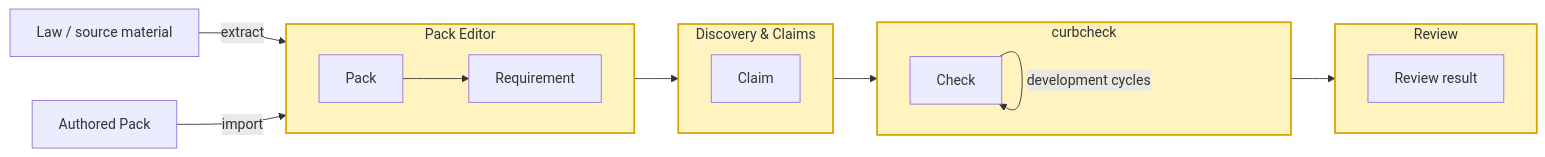
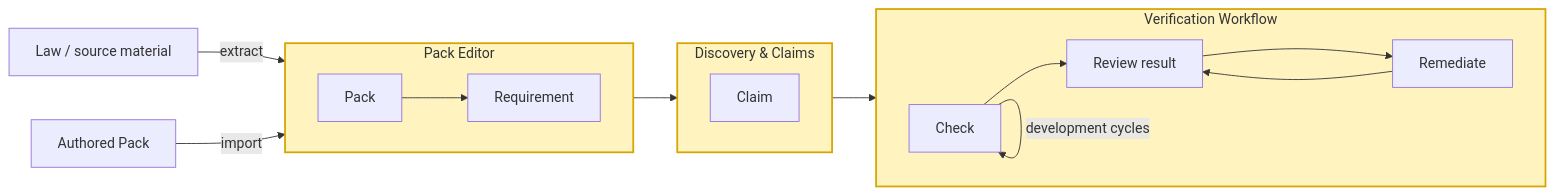
The third of 4 diagrams in docs/README.md (RI-SE/curbpack), drawn with Mermaid before and after one commit. The commit also changed other lines of this file and 439 other files, not shown here.

````diff
--- a/docs/README.md
+++ b/docs/README.md
@@ -107,36 +109,34 @@
 ```mermaid
 flowchart LR
     subgraph PE["Pack Editor"]
         direction LR
         P["Pack"] --> R["Requirement"]
     end
 
     subgraph DC["Discovery & Claims"]
         direction LR
         C["Claim"]
     end
 
-    subgraph CC["curbcheck"]
+    subgraph RV["Verification Workflow"]
         direction LR
         K["Check"]
-    end
-
-    subgraph RV["Review"]
-        direction LR
         V["Review result"]
+        RR["Remediate"]
+        V-->RR
+        RR-->V
     end
 
     R --> C
     C --> K
     K --> V
     K -->|"development cycles"| K
 
     LAW["Law / source material"] -->|"extract"| P
     APACKS["Authored Pack"] -->|"import"| P
     style PE fill:#fff3bf,stroke:#d6a500,stroke-width:2px
     style DC fill:#fff3bf,stroke:#d6a500,stroke-width:2px
-    style CC fill:#fff3bf,stroke:#d6a500,stroke-width:2px
     style RV fill:#fff3bf,stroke:#d6a500,stroke-width:2px
 
     classDef concept fill:#f3f4f6,stroke:#6b7280,color:#111827
 ```
````
